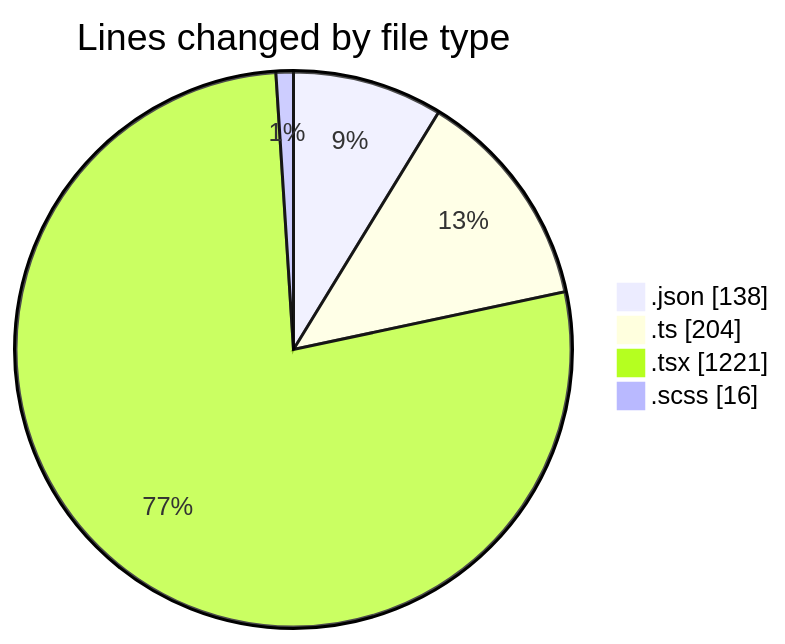
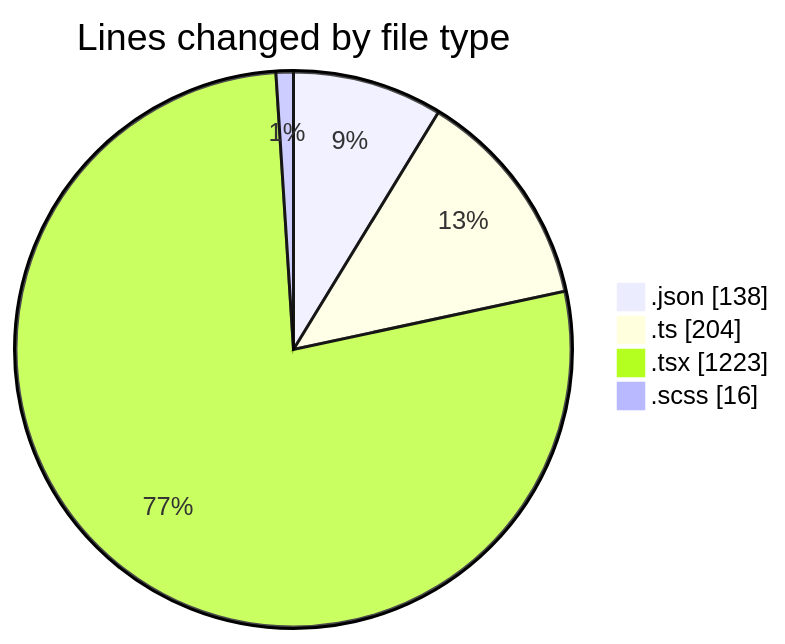
The first of 2 diagrams in 2026-04-21/ise-web-ofcom/README.md (momahboobian/code-tracking), drawn with Mermaid before and after one commit. The commit also changed other lines of this file and 1 other file, not shown here.

````diff
--- a/2026-04-21/ise-web-ofcom/README.md
+++ b/2026-04-21/ise-web-ofcom/README.md
@@ -29,8 +29,8 @@
 ```mermaid
 pie showData
 title Lines changed by file type
 ".json" : 138
 ".ts" : 204
-".tsx" : 1221
+".tsx" : 1223
 ".scss" : 16
 ```
````
